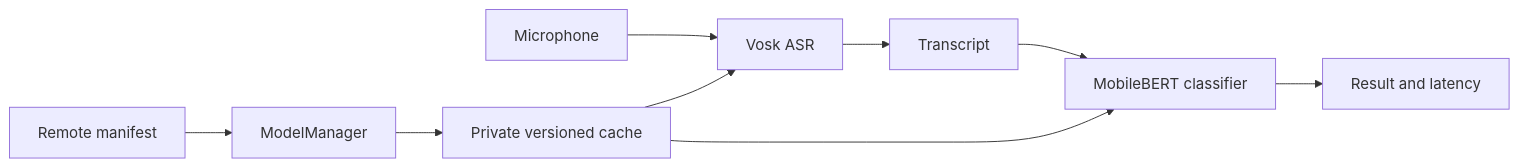
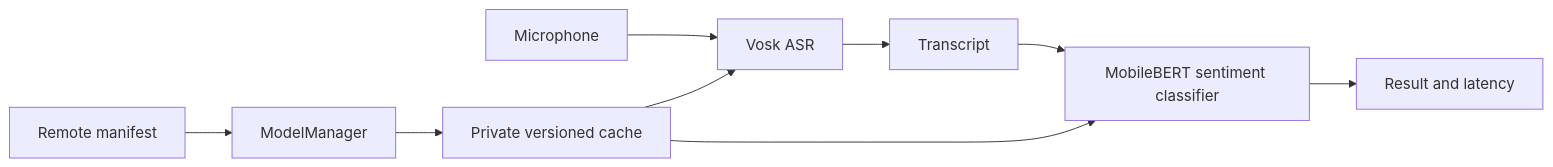
Before and after one commit to UpadhyayJitesh/TANUH_AI: the diagram in TANUHDemo/doc/architecture.md, drawn with Mermaid. The commit also changed 7 other files, not shown here.

````diff
--- a/TANUHDemo/doc/architecture.md
+++ b/TANUHDemo/doc/architecture.md
@@ -5,11 +5,11 @@
 ```mermaid
 flowchart LR
     M[Remote manifest] --> MM[ModelManager]
     MM --> C[Private versioned cache]
     Mic[Microphone] --> V[Vosk ASR]
     C --> V
     V --> T[Transcript]
-    T --> B[MobileBERT classifier]
+    T --> B[MobileBERT sentiment classifier]
     C --> B
     B --> UI[Result and latency]
 ```
````
